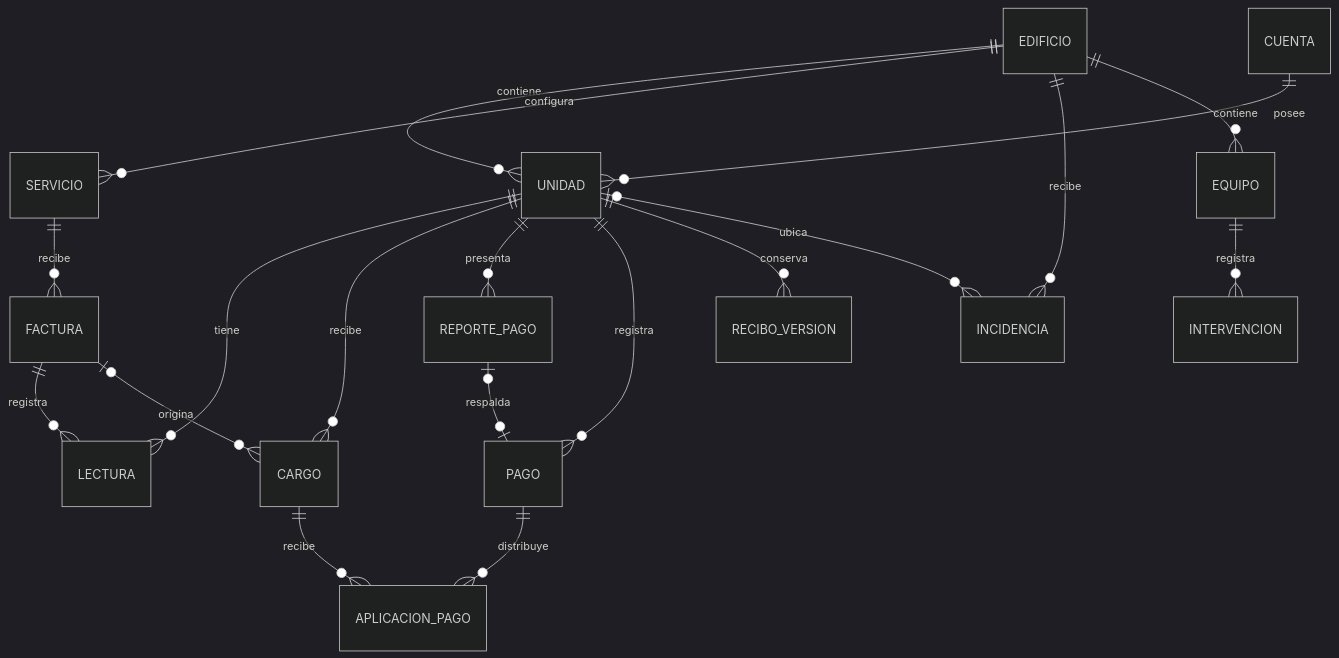
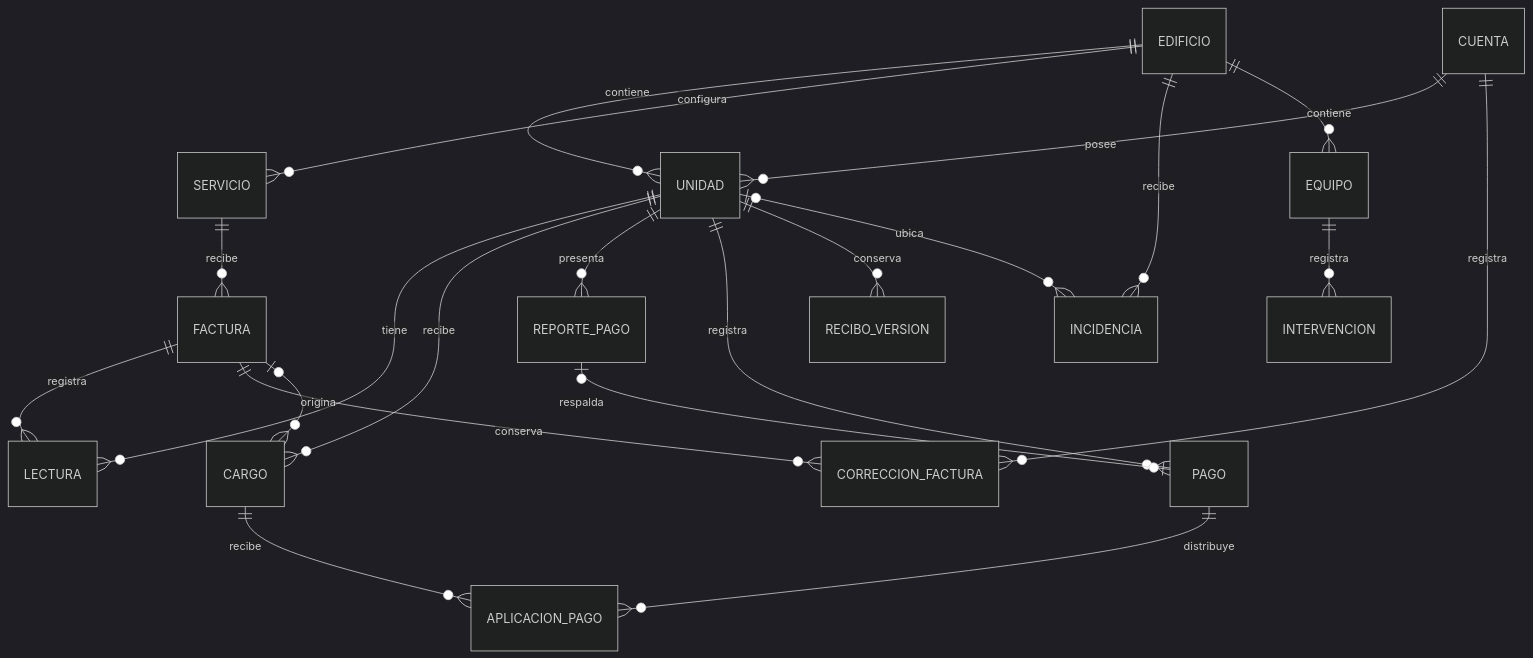
Before and after one commit to steveespinoza/GESTION-DE-EDIFICIOS: the third of 3 diagrams in docs/arquitectura.md, drawn with Mermaid (dark theme). The commit also changed 20 other files, not shown here.

````diff
--- a/docs/arquitectura.md
+++ b/docs/arquitectura.md
@@ -61,21 +61,23 @@
 ```mermaid
 erDiagram
     EDIFICIO ||--o{ UNIDAD : contiene
     CUENTA ||--o{ UNIDAD : posee
     EDIFICIO ||--o{ SERVICIO : configura
     SERVICIO ||--o{ FACTURA : recibe
     FACTURA ||--o{ LECTURA : registra
+    FACTURA ||--o{ CORRECCION_FACTURA : conserva
+    CUENTA ||--o{ CORRECCION_FACTURA : registra
     UNIDAD ||--o{ LECTURA : tiene
     FACTURA o|--o{ CARGO : origina
     UNIDAD ||--o{ CARGO : recibe
     UNIDAD ||--o{ REPORTE_PAGO : presenta
     UNIDAD ||--o{ PAGO : registra
     REPORTE_PAGO o|--o| PAGO : respalda
     PAGO ||--o{ APLICACION_PAGO : distribuye
     CARGO ||--o{ APLICACION_PAGO : recibe
     UNIDAD ||--o{ RECIBO_VERSION : conserva
     EDIFICIO ||--o{ INCIDENCIA : recibe
     UNIDAD o|--o{ INCIDENCIA : ubica
     EDIFICIO ||--o{ EQUIPO : contiene
     EQUIPO ||--o{ INTERVENCION : registra
 ```
````
